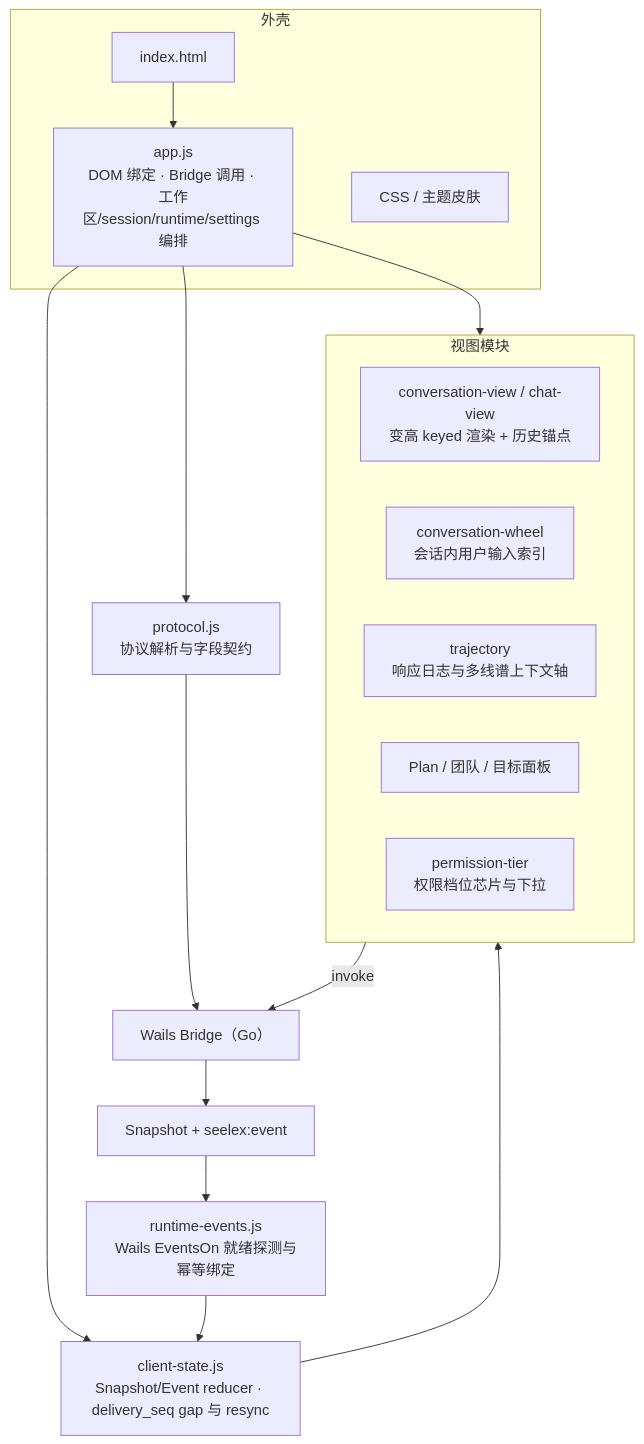
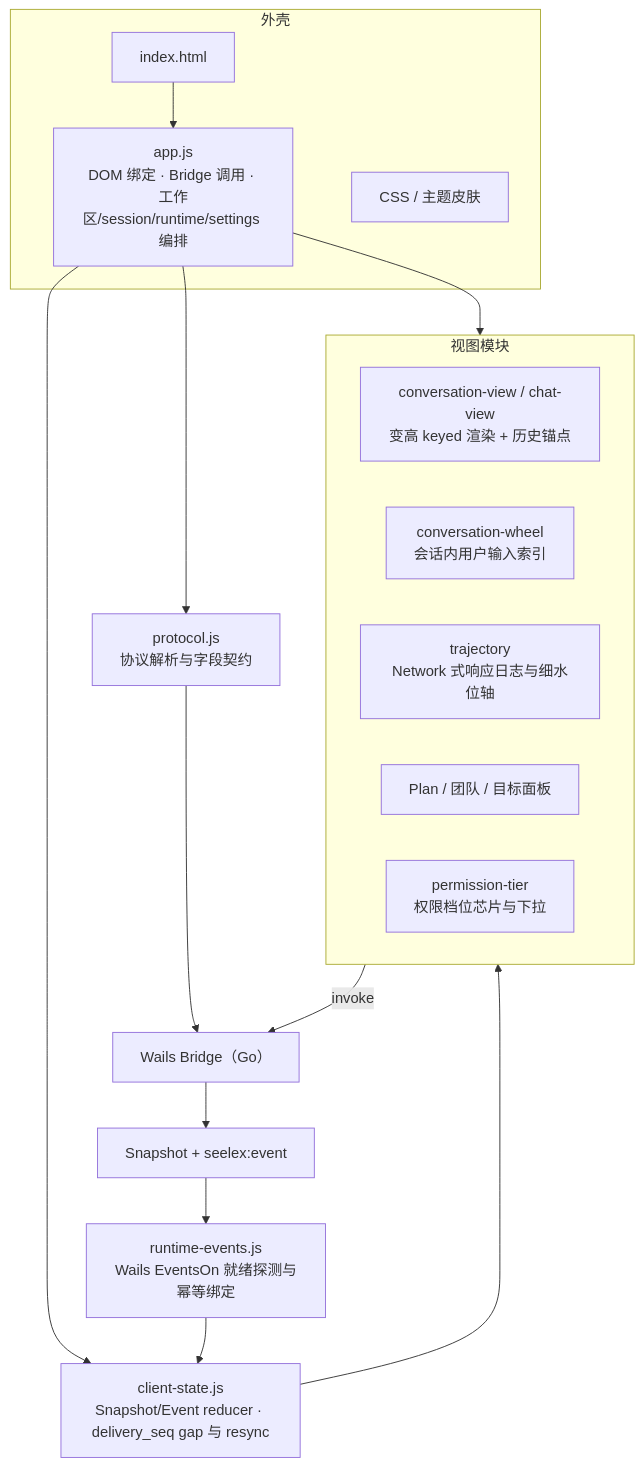
The diagram in gui/frontend/README.md (RedHuang-0622/seelex), drawn with Mermaid before and after one commit. The commit also changed other lines of this file and 28 other files, not shown here.

````diff
--- a/gui/frontend/README.md
+++ b/gui/frontend/README.md
@@ -22,34 +22,34 @@
 ```mermaid
 flowchart TB
     subgraph SHELL["外壳"]
         HTML["index.html"]
         APP["app.js<br/>DOM 绑定 · Bridge 调用 · 工作区/session/runtime/settings 编排"]
         STY["CSS / 主题皮肤"]
     end
 
     PROTO["protocol.js<br/>协议解析与字段契约"]
     STATE["client-state.js<br/>Snapshot/Event reducer · delivery_seq gap 与 resync"]
     EVENTS["runtime-events.js<br/>Wails EventsOn 就绪探测与幂等绑定"]
 
     subgraph VIEWS["视图模块"]
         CONV["conversation-view / chat-view<br/>变高 keyed 渲染 + 历史锚点"]
         WHEEL["conversation-wheel<br/>会话内用户输入索引"]
-        TRAJ["trajectory<br/>响应日志与多线谱上下文轴"]
+        TRAJ["trajectory<br/>Network 式响应日志与细水位轴"]
         PLANV["Plan / 团队 / 目标面板"]
         PERM["permission-tier<br/>权限档位芯片与下拉"]
     end
 
     BRIDGE["Wails Bridge（Go）"]
     SNAP["Snapshot + seelex:event"]
 
     HTML --> APP
     APP --> PROTO
     APP --> STATE
     EVENTS --> STATE
     STATE --> VIEWS
     APP --> VIEWS
     PROTO --> BRIDGE
     BRIDGE --> SNAP
     SNAP --> EVENTS
     VIEWS -->|invoke| BRIDGE
 ```
````
